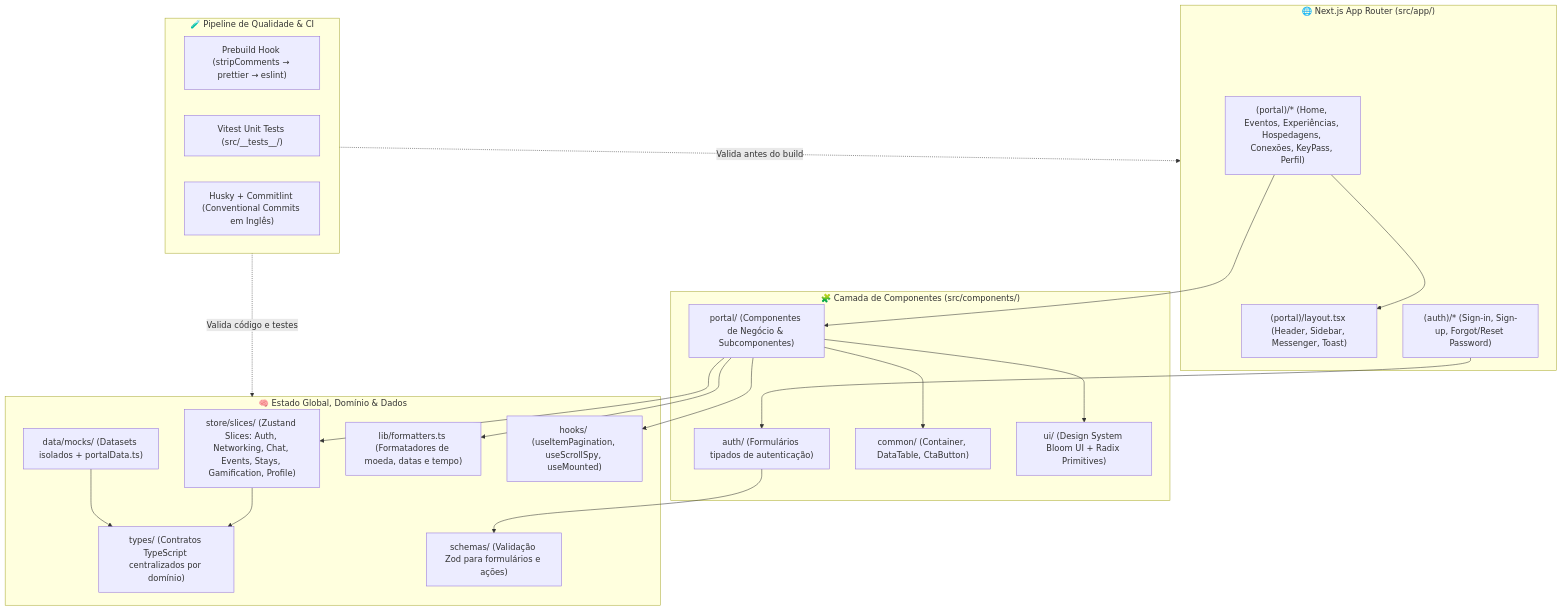
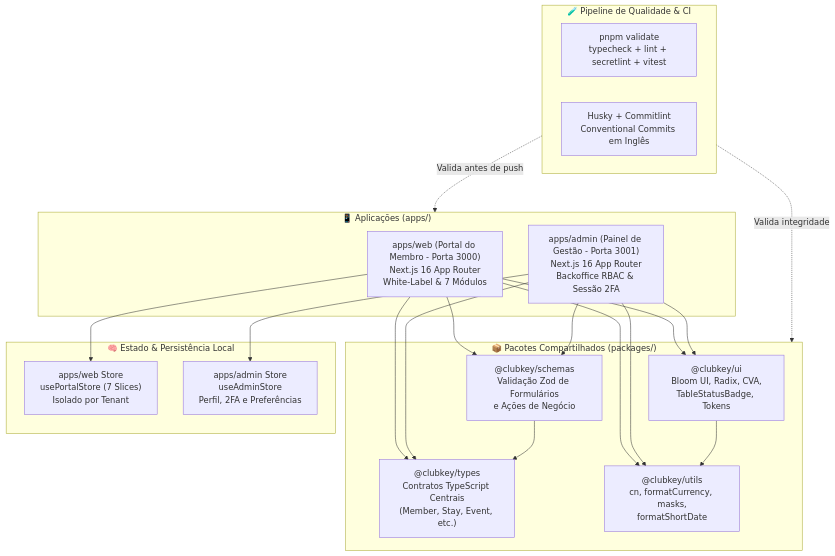
One commit to gui-bus/clubkey changed the diagram in README.md. Above: the diagram before and after it, drawn with Mermaid. The commit also changed other lines of this file and 6 other files, not shown here.

Commit message:
docs(monorepo): update architecture and root readme for monorepo setup

````diff
--- a/README.md
+++ b/README.md
@@ -65,45 +108,42 @@
 ```mermaid
 graph TB
-    subgraph AppRouter ["🌐 Next.js App Router (src/app/)"]
-        PortalLayout["(portal)/layout.tsx (Header, Sidebar, Messenger, Toast)"]
-        PortalPages["(portal)/* (Home, Eventos, Experiências, Hospedagens, Conexões, KeyPass, Perfil)"]
-        AuthPages["(auth)/* (Sign-in, Sign-up, Forgot/Reset Password)"]
+    subgraph AppsLayer ["📱 Aplicações (apps/)"]
+        Web["apps/web (Portal do Membro - Porta 3000)<br/>Next.js 16 App Router<br/>White-Label & 7 Módulos"]
+        Admin["apps/admin (Painel de Gestão - Porta 3001)<br/>Next.js 16 App Router<br/>Backoffice RBAC & Sessão 2FA"]
     end
 
-    subgraph ComponentsLayer ["🧩 Camada de Componentes (src/components/)"]
-        PortalComp["portal/ (Componentes de Negócio & Subcomponentes)"]
-        AuthComp["auth/ (Formulários tipados de autenticação)"]
-        CommonComp["common/ (Container, DataTable, CtaButton)"]
-        BloomUI["ui/ (Design System Bloom UI + Radix Primitives)"]
+    subgraph PackagesLayer ["📦 Pacotes Compartilhados (packages/)"]
+        UI["@clubkey/ui<br/>Bloom UI, Radix, CVA,<br/>TableStatusBadge, Tokens"]
+        Types["@clubkey/types<br/>Contratos TypeScript Centrais<br/>(Member, Stay, Event, etc.)"]
+        Schemas["@clubkey/schemas<br/>Validação Zod de Formulários<br/>e Ações de Negócio"]
+        Utils["@clubkey/utils<br/>cn, formatCurrency, masks,<br/>formatShortDate"]
     end
 
-    subgraph StateAndDomain ["🧠 Estado Global, Domínio & Dados"]
-        Store["store/slices/ (Zustand Slices: Auth, Networking, Chat, Events, Stays, Gamification, Profile)"]
-        Types["types/ (Contratos TypeScript centralizados por domínio)"]
-        Schemas["schemas/ (Validação Zod para formulários e ações)"]
-        DataMocks["data/mocks/ (Datasets isolados + portalData.ts)"]
-        Formatters["lib/formatters.ts (Formatadores de moeda, datas e tempo)"]
-        Hooks["hooks/ (useItemPagination, useScrollSpy, useMounted)"]
+    subgraph StoresLayer ["🧠 Estado & Persistência Local"]
+        WebStore["apps/web Store<br/>usePortalStore (7 Slices)<br/>Isolado por Tenant"]
+        AdminStore["apps/admin Store<br/>useAdminStore<br/>Perfil, 2FA e Preferências"]
     end
 
-    subgraph QualityPipeline ["🧪 Pipeline de Qualidade & CI"]
-        Prebuild["Prebuild Hook (stripComments → prettier → eslint)"]
-        VitestRunner["Vitest Unit Tests (src/__tests__/)"]
-        HuskyGate["Husky + Commitlint (Conventional Commits em Inglês)"]
+    subgraph PipelineLayer ["🧪 Pipeline de Qualidade & CI"]
+        ValidateGate["pnpm validate<br/>typecheck + lint + secretlint + vitest"]
+        HuskyGate["Husky + Commitlint<br/>Conventional Commits em Inglês"]
     end
 
-    PortalPages --> PortalLayout
-    PortalPages --> PortalComp
-    AuthPages --> AuthComp
-    PortalComp --> BloomUI
-    PortalComp --> CommonComp
-    PortalComp --> Store
-    PortalComp --> Hooks
-    PortalComp --> Formatters
-    Store --> Types
-    AuthComp --> Schemas
-    DataMocks --> Types
+    Web --> UI
+    Web --> Types
+    Web --> Schemas
+    Web --> Utils
+    Web --> WebStore
 
-    QualityPipeline -.->|Valida antes do build| AppRouter
-    QualityPipeline -.->|Valida código e testes| StateAndDomain
+    Admin --> UI
+    Admin --> Types
+    Admin --> Schemas
+    Admin --> Utils
+    Admin --> AdminStore
+
+    UI --> Utils
+    Schemas --> Types
+
+    PipelineLayer -.->|Valida antes de push| AppsLayer
+    PipelineLayer -.->|Valida integridade| PackagesLayer
 ```
````
